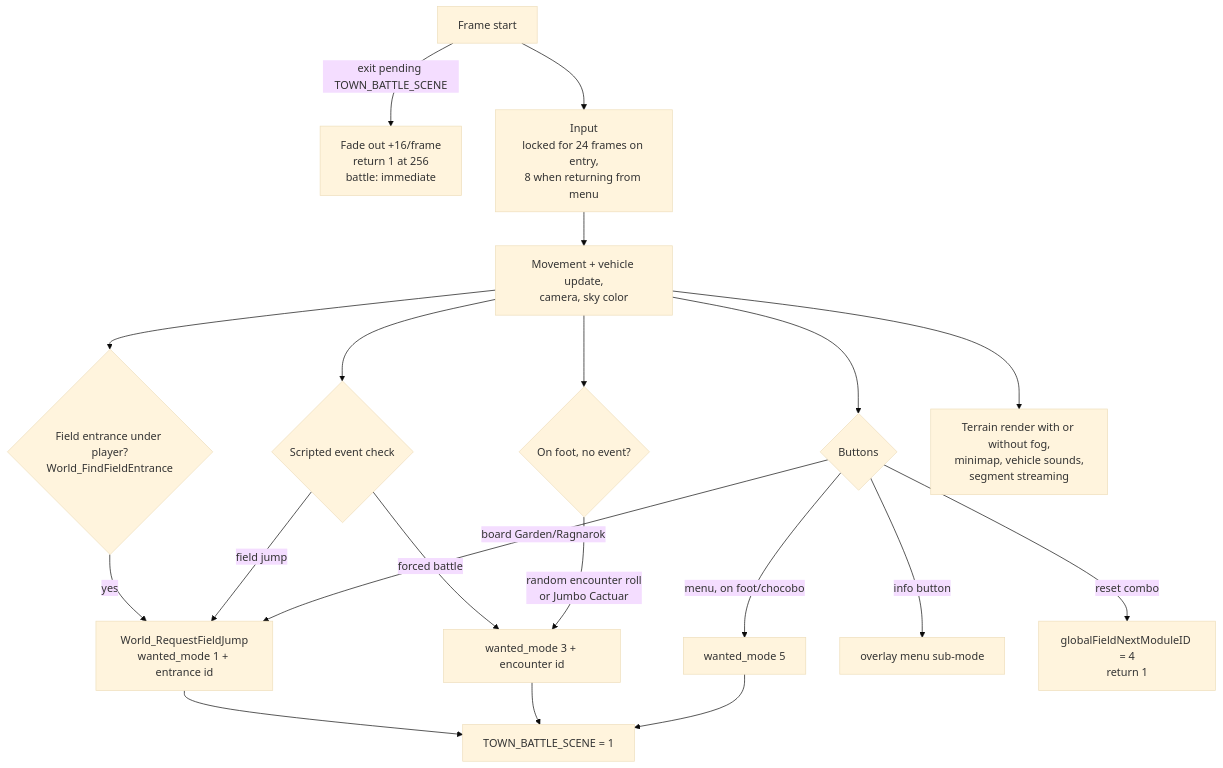
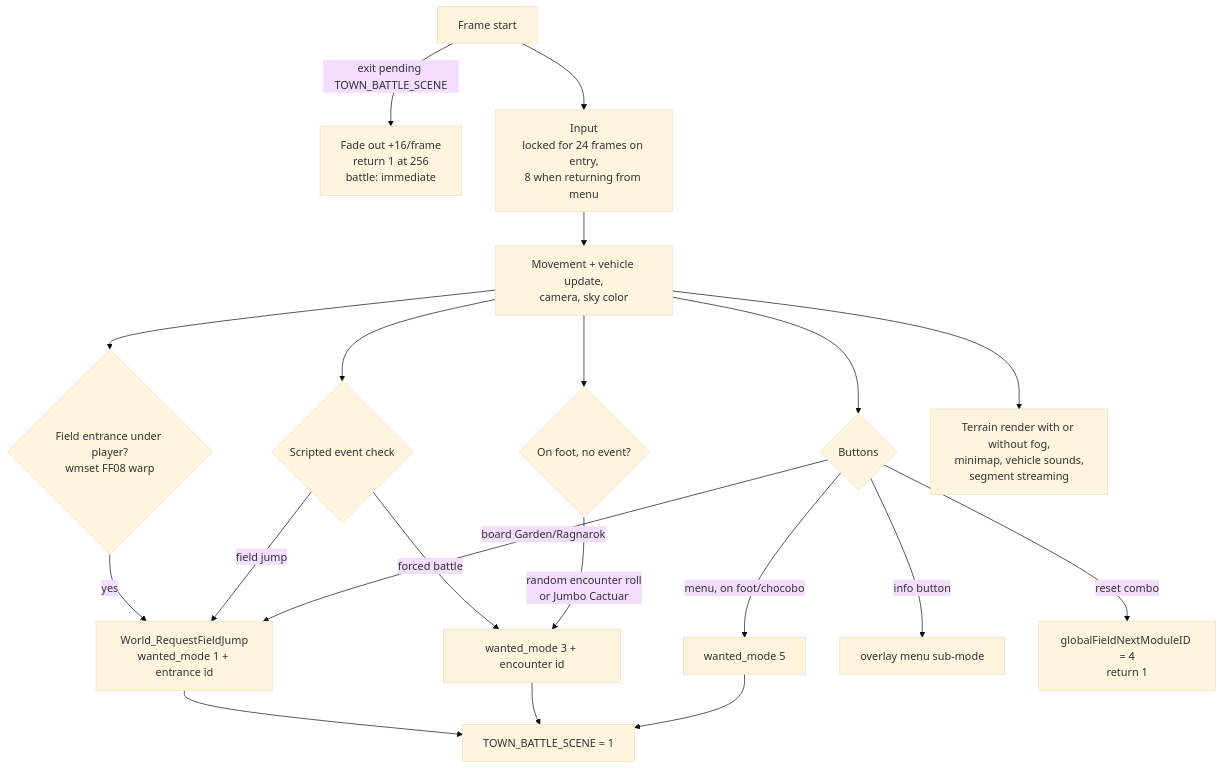
One commit to HobbitDur/FF8ModdingWiki changed the diagram in FF8/TechnicalReference/WorldMap/WorldMap_module_runtime.md. Above: the diagram before and after it, drawn with Mermaid (base theme). The commit also changed other lines of this file and 7 other files, not shown here.

````diff
--- a/FF8/TechnicalReference/WorldMap/WorldMap_module_runtime.md
+++ b/FF8/TechnicalReference/WorldMap/WorldMap_module_runtime.md
@@ -34,22 +34,22 @@
 ```mermaid
 flowchart TD
     A[Frame start] -->|exit pending TOWN_BATTLE_SCENE| B[Fade out +16/frame<br>return 1 at 256<br>battle: immediate]
     A --> C[Input<br>locked for 24 frames on entry,<br>8 when returning from menu]
     C --> D[Movement + vehicle update,<br>camera, sky color]
-    D --> E{Field entrance under player?<br>World_FindFieldEntrance}
+    D --> E{Field entrance under player?<br>wmset FF08 warp}
     E -->|yes| F[World_RequestFieldJump<br>wanted_mode 1 + entrance id]
     D --> G{Scripted event check}
     G -->|field jump| F
     G -->|forced battle| H[wanted_mode 3 + encounter id]
     D --> I{On foot, no event?}
     I -->|random encounter roll<br>or Jumbo Cactuar| H
     D --> J{Buttons}
     J -->|menu, on foot/chocobo| K[wanted_mode 5]
     J -->|board Garden/Ragnarok| F
     J -->|info button| L[overlay menu sub-mode]
     J -->|reset combo| M[globalFieldNextModuleID = 4<br>return 1]
     D --> N[Terrain render with or without fog,<br>minimap, vehicle sounds,<br>segment streaming]
     F --> O[TOWN_BATTLE_SCENE = 1]
     H --> O
     K --> O
 ```
````
